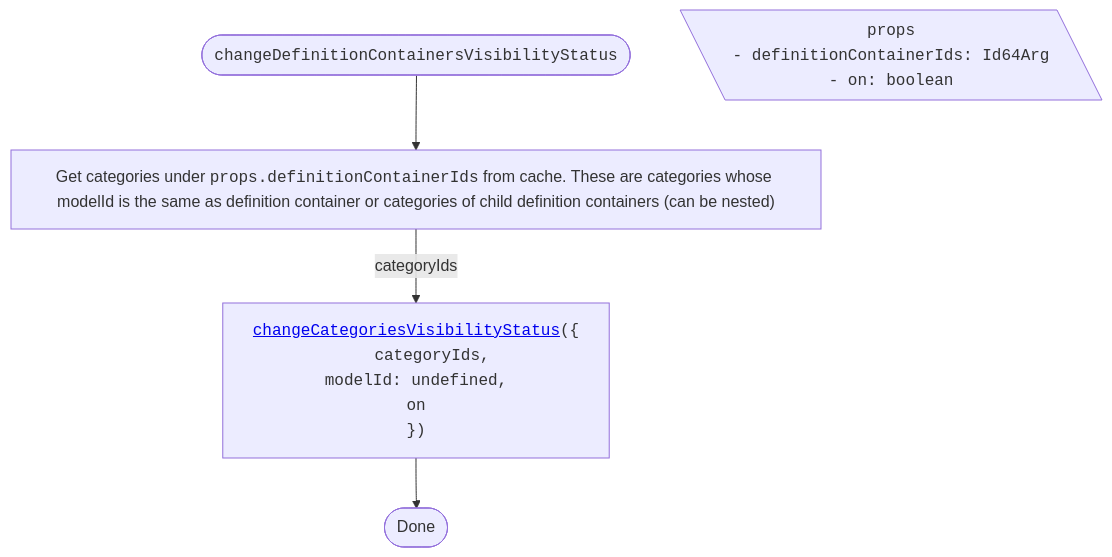
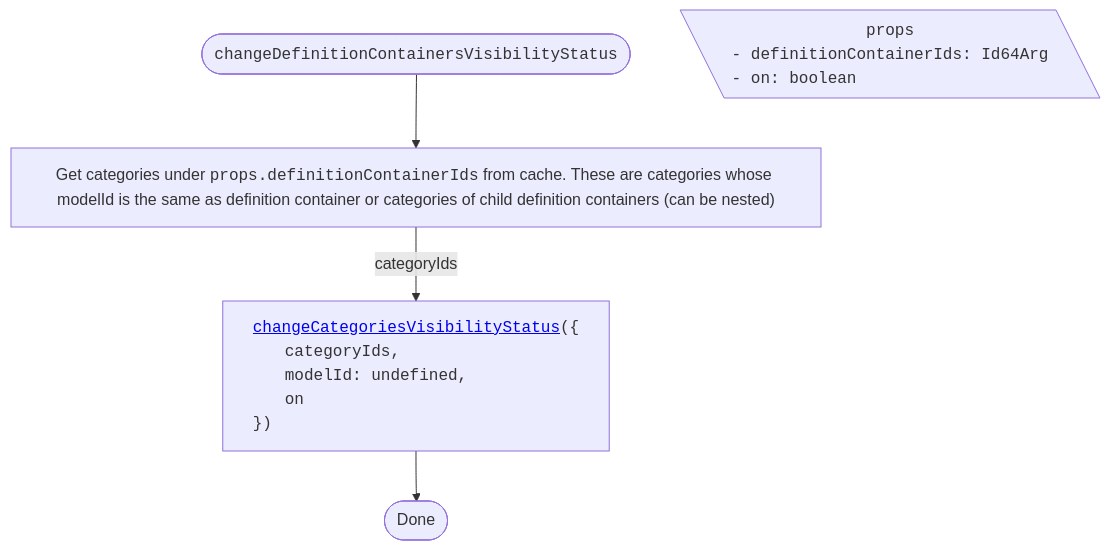
The second of 4 diagrams in packages/itwin/tree-widget/docs/CategoriesTreeVisibilityHandling.md (iTwin/viewer-components-react), drawn with Mermaid before and after one commit. The commit also changed other lines of this file and 3 other files, not shown here.

````diff
--- a/packages/itwin/tree-widget/docs/CategoriesTreeVisibilityHandling.md
+++ b/packages/itwin/tree-widget/docs/CategoriesTreeVisibilityHandling.md
@@ -66,26 +66,26 @@
 ```mermaid
 ---
 config:
   flowchart:
     wrappingWidth: 750
     useMaxWidth: false
 ---
 
 flowchart TD
   RESULT_Done([Done])
 
   %% Start
   TITLE(["<code>changeDefinitionContainersVisibilityStatus</code>"]) --> A["Get categories under <code>props.definitionContainerIds</code> from cache. These are categories whose modelId is the same as definition container or categories of child definition containers (can be nested)"]
 
   PROPS[\"
     <code>props</code>
-    <code style='text-align: left;'>- definitionContainerIds: Id64Arg<br/>- on: boolean</code>
+    <code style='display: block; text-align: left;'>- definitionContainerIds: Id64Arg<br/>- on: boolean</code>
   "\]
 
-  A -- categoryIds --> B["<code style='text-align: left;'><a href='./SharedVisibilityHandling.md#changecategoriesvisibilitystatus'>changeCategoriesVisibilityStatus</a>({
-    <code style='padding-left: 2rem'>categoryIds,
-    modelId: undefined,
-    on</code>
+  A -- categoryIds --> B["<code style='display: block; text-align: left;'><a href='./SharedVisibilityHandling.md#changecategoriesvisibilitystatus'>changeCategoriesVisibilityStatus</a>({
+    <code style='padding-left: 2rem'>categoryIds,</code>
+    <code style='padding-left: 2rem'>modelId: undefined,</code>
+    <code style='padding-left: 2rem'>on</code>
   })</code>"]
   B --> RESULT_Done
 ```
````
